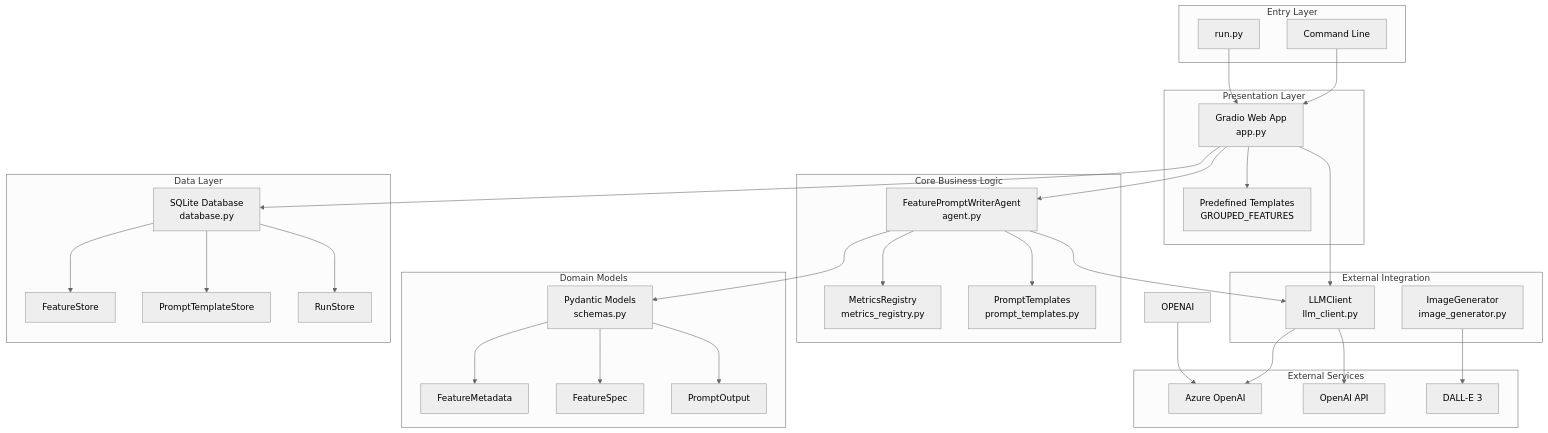
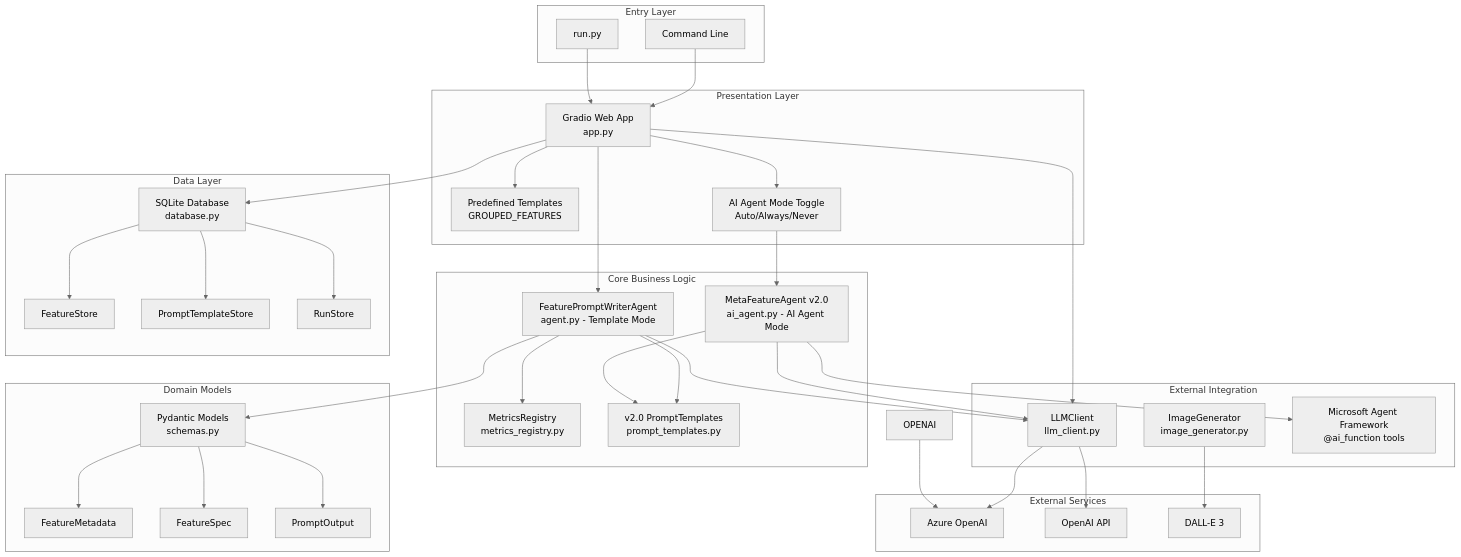
The first of 13 diagrams in TechnicalDocs/ArchitectureOverview.md (hshujuan/MetaFeature-Orchestrator), drawn with Mermaid (neutral theme) before and after one commit. The commit also changed other lines of this file and 8 other files, not shown here.

````diff
--- a/TechnicalDocs/ArchitectureOverview.md
+++ b/TechnicalDocs/ArchitectureOverview.md
@@ -55,68 +66,77 @@
 ```mermaid
 flowchart TB
     subgraph Entry["Entry Layer"]
         RUN[run.py]
         CLI["Command Line"]
     end
 
     subgraph UI["Presentation Layer"]
         GRADIO[Gradio Web App<br/>app.py]
         TEMPLATES[Predefined Templates<br/>GROUPED_FEATURES]
+        MODE_TOGGLE[AI Agent Mode Toggle<br/>Auto/Always/Never]
     end
 
     subgraph Core["Core Business Logic"]
-        AGENT[FeaturePromptWriterAgent<br/>agent.py]
+        AGENT[FeaturePromptWriterAgent<br/>agent.py - Template Mode]
+        AI_AGENT[MetaFeatureAgent v2.0<br/>ai_agent.py - AI Agent Mode]
         METRICS_REG[MetricsRegistry<br/>metrics_registry.py]
-        PROMPT_TPL[PromptTemplates<br/>prompt_templates.py]
+        PROMPT_TPL[v2.0 PromptTemplates<br/>prompt_templates.py]
     end
 
     subgraph Domain["Domain Models"]
         SCHEMAS[Pydantic Models<br/>schemas.py]
         FEATURE_META[FeatureMetadata]
         FEATURE_SPEC[FeatureSpec]
         PROMPT_OUT[PromptOutput]
     end
 
     subgraph Integration["External Integration"]
         LLM[LLMClient<br/>llm_client.py]
         IMG_GEN[ImageGenerator<br/>image_generator.py]
+        AGENT_FW[Microsoft Agent Framework<br/>@ai_function tools]
     end
 
     subgraph Persistence["Data Layer"]
         DB[SQLite Database<br/>database.py]
         FEATURE_STORE[FeatureStore]
         TEMPLATE_STORE[PromptTemplateStore]
         RUN_STORE[RunStore]
     end
 
     subgraph External["External Services"]
         AZURE[Azure OpenAI]
         OPENAI_API[OpenAI API]
         DALLE[DALL-E 3]
     end
 
     RUN --> GRADIO
     CLI --> GRADIO
     GRADIO --> TEMPLATES
+    GRADIO --> MODE_TOGGLE
     GRADIO --> AGENT
+    
+    MODE_TOGGLE --> AI_AGENT
+    AI_AGENT --> AGENT_FW
+    AI_AGENT --> PROMPT_TPL
     
     AGENT --> METRICS_REG
     AGENT --> PROMPT_TPL
     AGENT --> SCHEMAS
     
     SCHEMAS --> FEATURE_META
     SCHEMAS --> FEATURE_SPEC
     SCHEMAS --> PROMPT_OUT
     
     GRADIO --> LLM
     AGENT --> LLM
+    AI_AGENT --> LLM
     IMG_GEN --> DALLE
     OPENAI --> AZURE
     LLM --> AZURE
     LLM --> OPENAI_API
     
     GRADIO --> DB
     DB --> FEATURE_STORE
     DB --> TEMPLATE_STORE
     DB --> RUN_STORE
 ```
````
